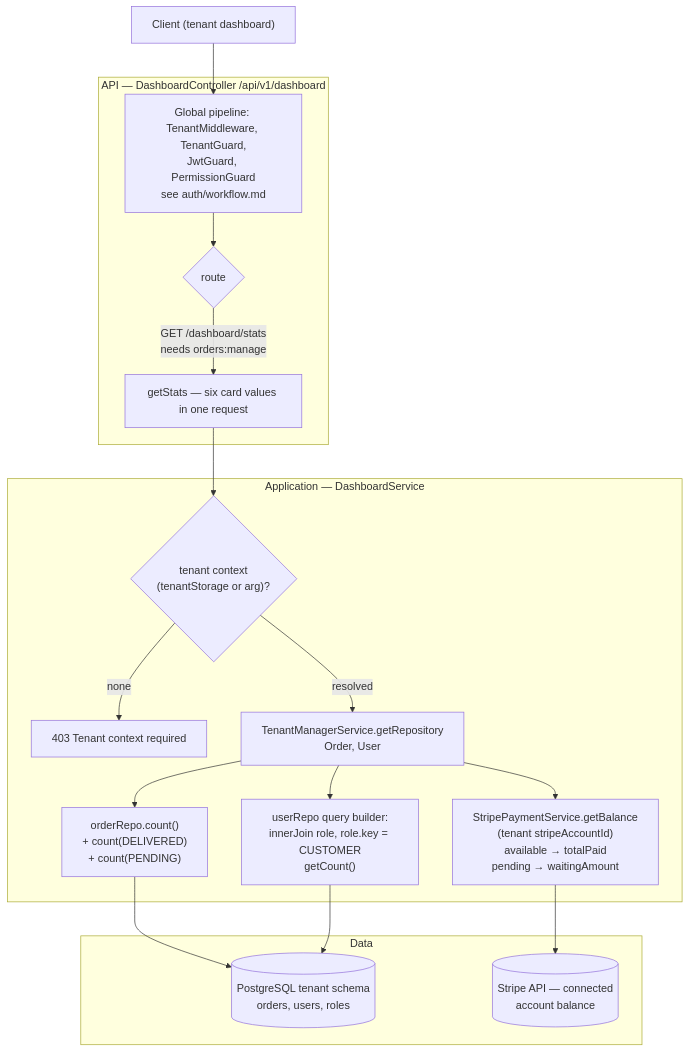
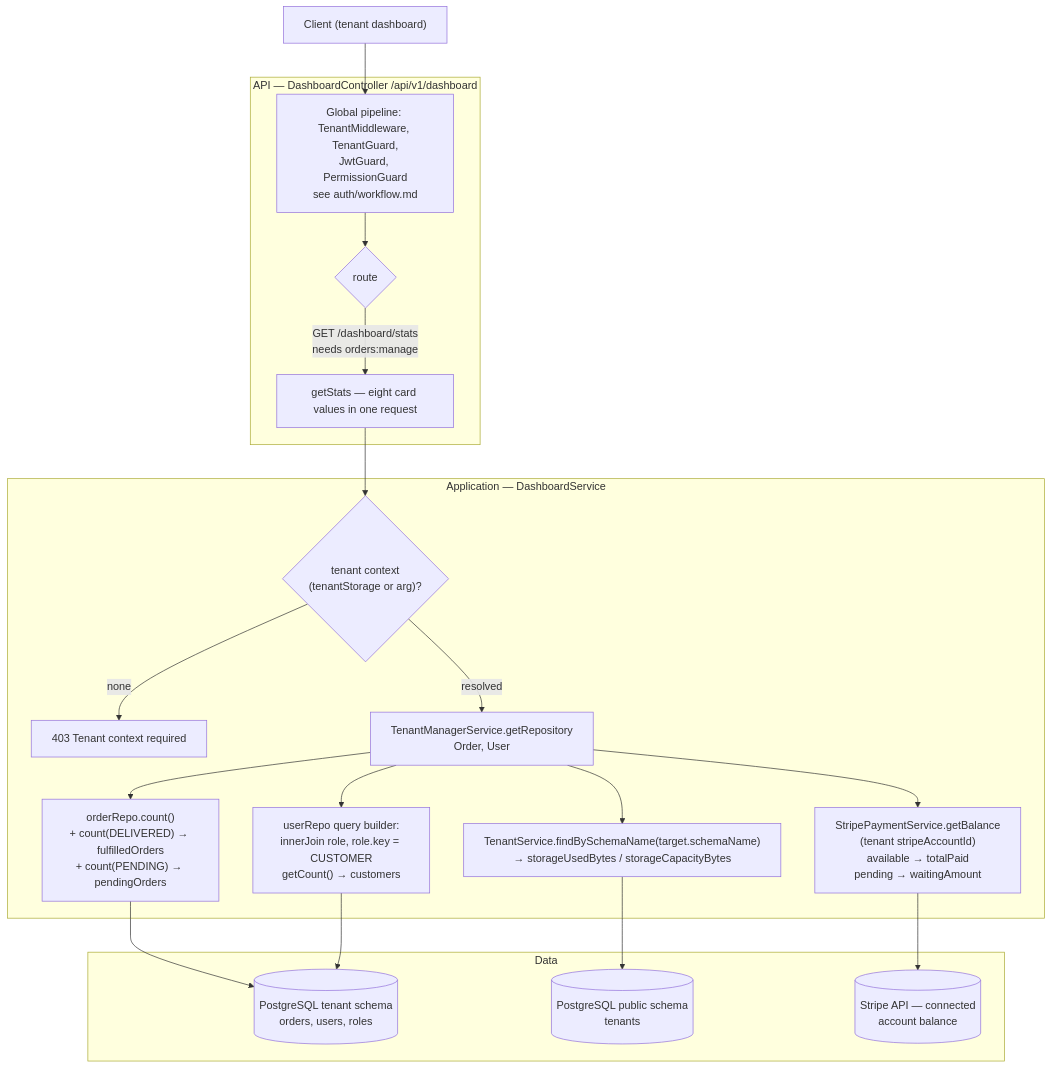
One commit to DevBassel/saas_commerce changed the first of 2 diagrams in apps/api/src/modules/dashboard/workflow.md. Above: the diagram before and after it, drawn with Mermaid. The commit also changed other lines of this file and 100 other files, not shown here.

````diff
--- a/apps/api/src/modules/dashboard/workflow.md
+++ b/apps/api/src/modules/dashboard/workflow.md
@@ -1,24 +1,26 @@
 ```mermaid
 flowchart TD
     Client["Client (tenant dashboard)"] --> GUARDS["Global pipeline: TenantMiddleware, TenantGuard,<br/>JwtGuard, PermissionGuard<br/>see auth/workflow.md"]
 
     subgraph API["API — DashboardController /api/v1/dashboard"]
         GUARDS --> RO{"route"}
-        RO -->|"GET /dashboard/stats<br/>needs orders:manage"| GS["getStats — six card values in one request"]
+        RO -->|"GET /dashboard/stats<br/>needs orders:manage"| GS["getStats — eight card values in one request"]
     end
 
     subgraph APP["Application — DashboardService"]
         GS --> TRT{"tenant context<br/>(tenantStorage or arg)?"}
         TRT -->|"none"| TRTE["403 Tenant context required"]
         TRT -->|"resolved"| TM["TenantManagerService.getRepository<br/>Order, User"]
-        TM --> CNT["orderRepo.count()<br/>+ count(DELIVERED)<br/>+ count(PENDING)"]
+        TM --> CNT["orderRepo.count()<br/>+ count(DELIVERED) → fulfilledOrders<br/>+ count(PENDING) → pendingOrders"]
+        TM --> CUS["userRepo query builder:<br/>innerJoin role, role.key = CUSTOMER<br/>getCount() → customers"]
+        TM --> TEN["TenantService.findBySchemaName(target.schemaName)<br/>→ storageUsedBytes / storageCapacityBytes"]
         TM --> BAL["StripePaymentService.getBalance<br/>(tenant stripeAccountId)<br/>available → totalPaid<br/>pending → waitingAmount"]
-        TM --> CUS["userRepo query builder:<br/>innerJoin role, role.key = CUSTOMER<br/>getCount()"]
     end
 
     subgraph DATA["Data"]
         CNT --> TDB[("PostgreSQL tenant schema<br/>orders, users, roles")]
         CUS --> TDB
+        TEN --> PUB[("PostgreSQL public schema<br/>tenants")]
         BAL --> SA[("Stripe API — connected<br/>account balance")]
     end
 ```
````
